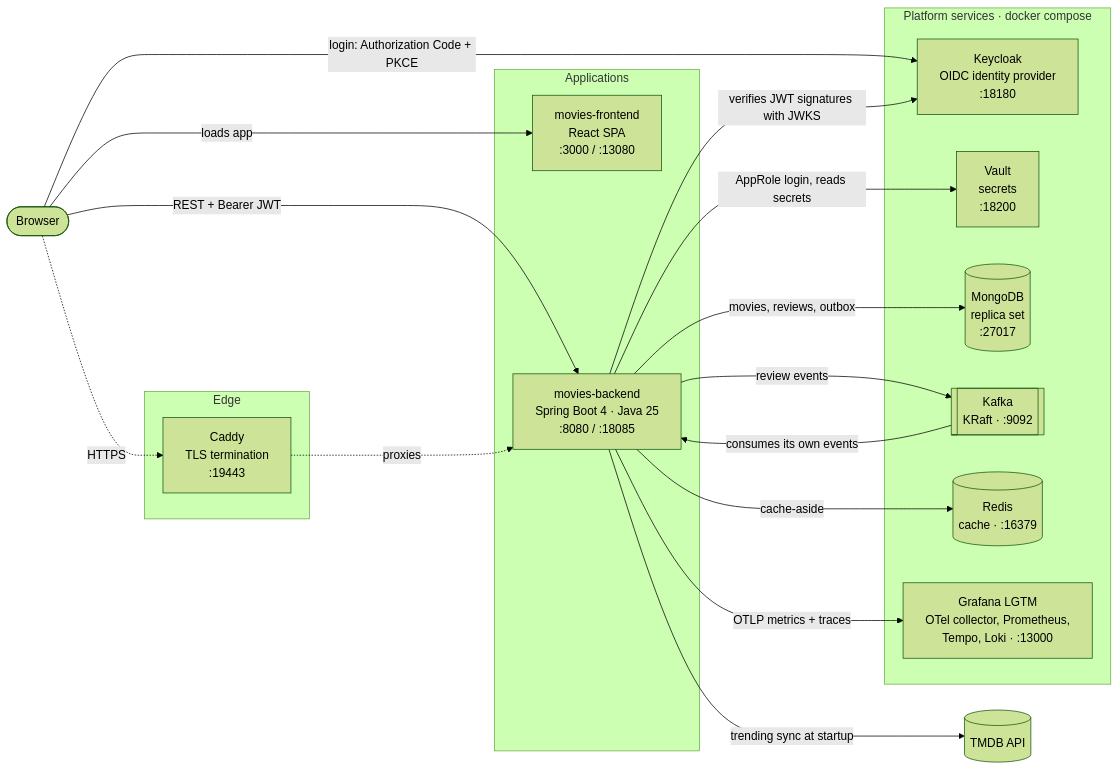
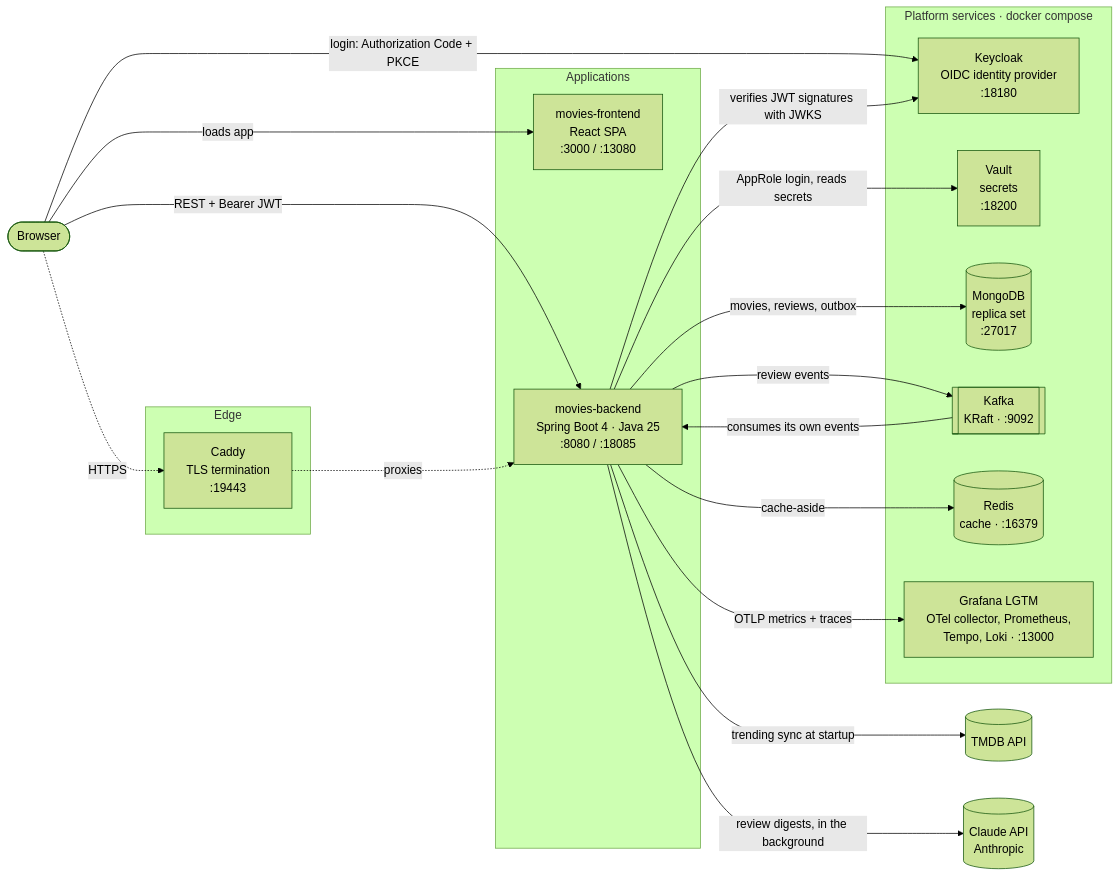
One commit to naughlan-creator/movies-app changed the first of 3 diagrams in README.md. Above: the diagram before and after it, drawn with Mermaid (forest theme). The commit also changed other lines of this file, not shown here.

Commit message:
docs: README sections updated for the AI review digests

````diff
--- a/README.md
+++ b/README.md
@@ -16,38 +17,40 @@
 ```mermaid
 flowchart LR
     browser([Browser])
 
     subgraph edge [Edge]
         caddy[Caddy<br/>TLS termination<br/>:19443]
     end
 
     subgraph apps [Applications]
         fe[movies-frontend<br/>React SPA<br/>:3000 / :13080]
         be[movies-backend<br/>Spring Boot 4 · Java 25<br/>:8080 / :18085]
     end
 
     subgraph platform [Platform services · docker compose]
         kc[Keycloak<br/>OIDC identity provider<br/>:18180]
         vault[Vault<br/>secrets<br/>:18200]
         mongo[(MongoDB<br/>replica set<br/>:27017)]
         kafka[[Kafka<br/>KRaft · :9092]]
         redis[(Redis<br/>cache · :16379)]
         lgtm[Grafana LGTM<br/>OTel collector, Prometheus,<br/>Tempo, Loki · :13000]
     end
 
     tmdb[(TMDB API)]
+    claude[(Claude API<br/>Anthropic)]
 
     browser -- loads app --> fe
     browser -- login: Authorization Code + PKCE --> kc
     browser -- REST + Bearer JWT --> be
     browser -. HTTPS .-> caddy -. proxies .-> be
 
     be -- verifies JWT signatures with JWKS --> kc
     be -- AppRole login, reads secrets --> vault
     be -- movies, reviews, outbox --> mongo
     be -- review events --> kafka
     kafka -- consumes its own events --> be
     be -- cache-aside --> redis
     be -- OTLP metrics + traces --> lgtm
     be -- trending sync at startup --> tmdb
+    be -- review digests, in the background --> claude
 ```
````
